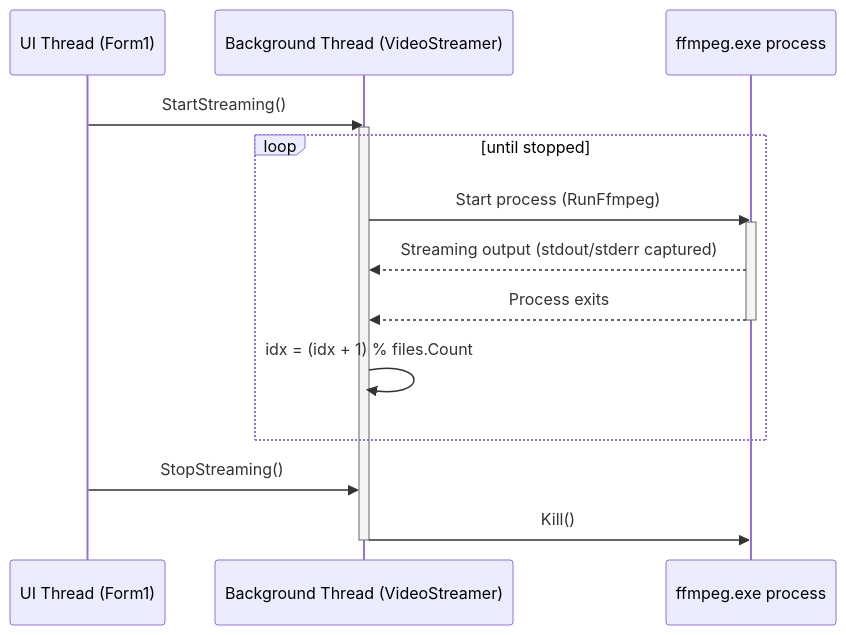
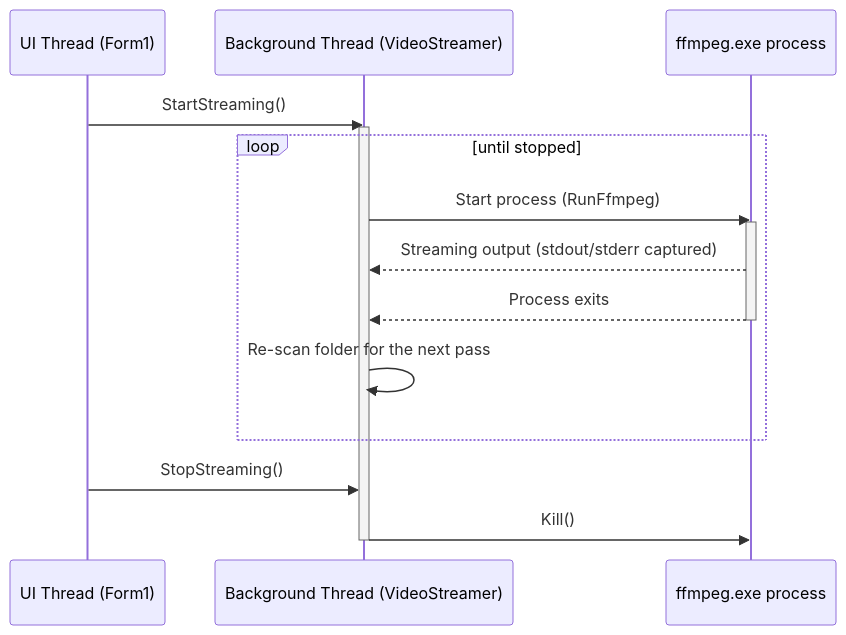
The second of 2 diagrams in website/docs/architecture/overview.md (havaianasdestruido/EZInfiniteYTLive), drawn with Mermaid before and after one commit. The commit also changed other lines of this file and 7 other files, not shown here.

````diff
--- a/website/docs/architecture/overview.md
+++ b/website/docs/architecture/overview.md
@@ -63,20 +64,20 @@
 ```mermaid
 sequenceDiagram
     participant UI as UI Thread (Form1)
     participant BG as Background Thread (VideoStreamer)
     participant FF as ffmpeg.exe process
 
     UI->>BG: StartStreaming()
     activate BG
     loop until stopped
         BG->>FF: Start process (RunFfmpeg)
         activate FF
         FF-->>BG: Streaming output (stdout/stderr captured)
         FF-->>BG: Process exits
         deactivate FF
-        BG->>BG: idx = (idx + 1) % files.Count
+        BG->>BG: Re-scan folder for the next pass
     end
     UI->>BG: StopStreaming()
     BG->>FF: Kill()
     deactivate BG
 ```
````
